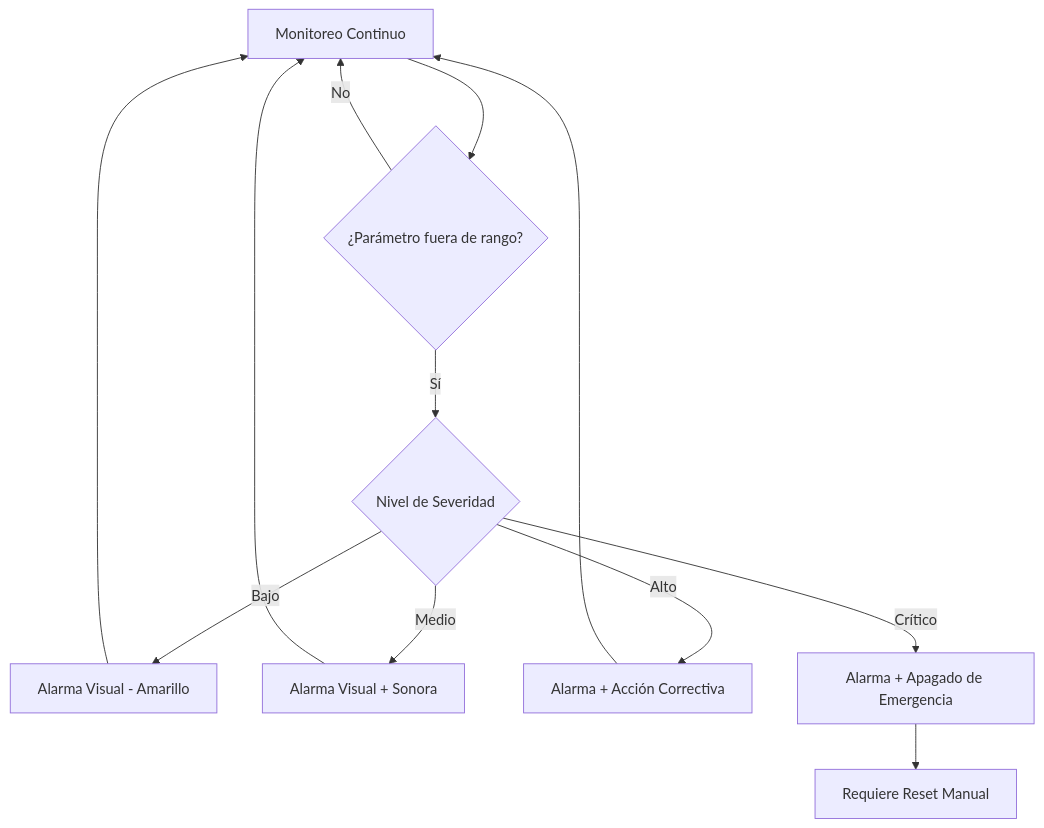
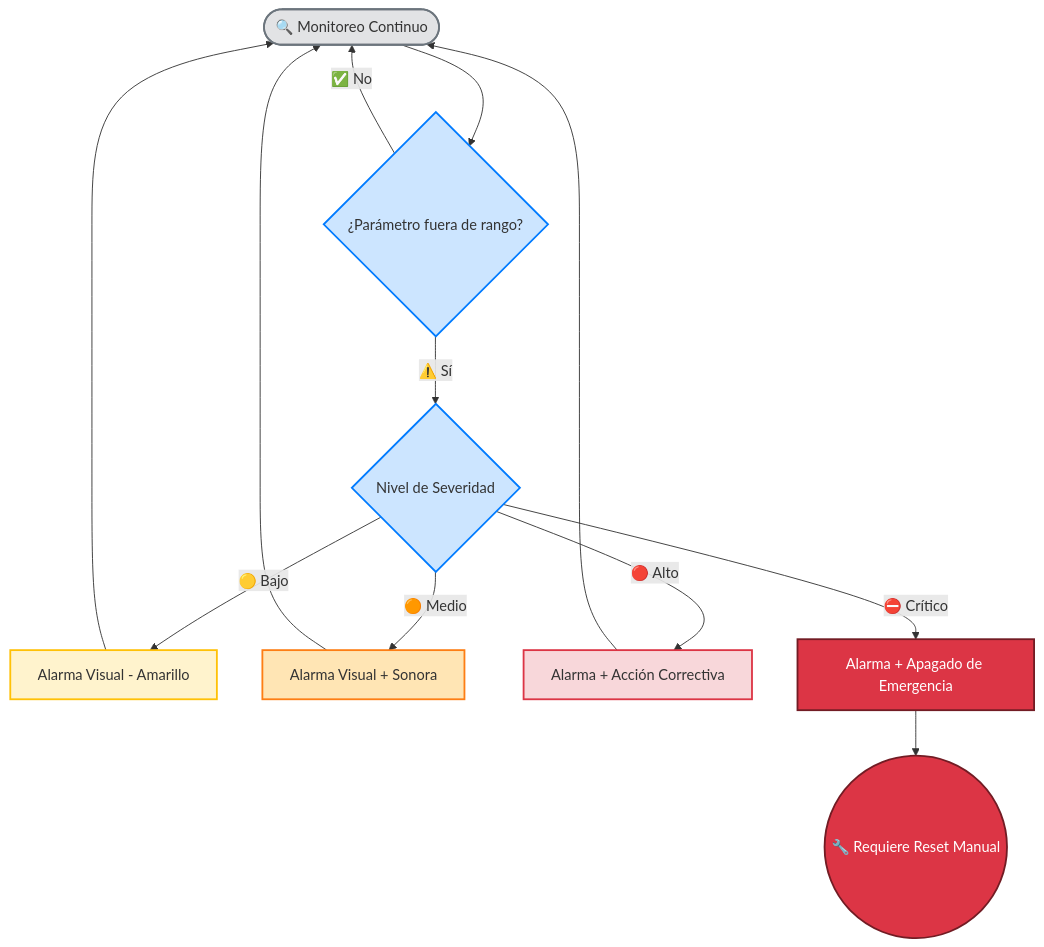
The first of 3 diagrams in docs/docs/safety-notice.md (medicalopenworld/IncuNest-Docs), drawn with Mermaid before and after one commit. The commit also changed other lines of this file and 11 other files, not shown here.

Commit message:
Update Spanish documentation diagrams to beautiful mermaid style

````diff
--- a/docs/docs/safety-notice.md
+++ b/docs/docs/safety-notice.md
@@ -75,14 +75,30 @@
 ```mermaid
-flowchart TD
-    A[Monitoreo Continuo] --> B{¿Parámetro fuera de rango?}
-    B -->|Sí| C{Nivel de Severidad}
-    B -->|No| A
-    C -->|Bajo| D[Alarma Visual - Amarillo]
-    C -->|Medio| E[Alarma Visual + Sonora]
-    C -->|Alto| F[Alarma + Acción Correctiva]
-    C -->|Crítico| G[Alarma + Apagado de Emergencia]
+graph TD
+    A([🔍 Monitoreo Continuo]) --> B{¿Parámetro fuera de rango?}
+    B -->|✅ No| A
+    B -->|⚠️ Sí| C{Nivel de Severidad}
+    
+    C -->|🟡 Bajo| D[Alarma Visual - Amarillo]
+    C -->|🟠 Medio| E[Alarma Visual + Sonora]
+    C -->|🔴 Alto| F[Alarma + Acción Correctiva]
+    C -->|⛔ Crítico| G[Alarma + Apagado de Emergencia]
+    
     D --> A
     E --> A
     F --> A
-    G --> H[Requiere Reset Manual]
+    G --> H((🔧 Requiere Reset Manual))
+    
+    classDef monitor fill:#e2e3e5,stroke:#6c757d,stroke-width:2px
+    classDef decision fill:#cce5ff,stroke:#007bff,stroke-width:2px
+    classDef low fill:#fff3cd,stroke:#ffc107,stroke-width:2px
+    classDef medium fill:#ffe5b4,stroke:#fd7e14,stroke-width:2px
+    classDef high fill:#f8d7da,stroke:#dc3545,stroke-width:2px
+    classDef critical fill:#dc3545,stroke:#721c24,stroke-width:2px,color:#fff
+    
+    class A monitor
+    class B,C decision
+    class D low
+    class E medium
+    class F high
+    class G,H critical
 ```
````
